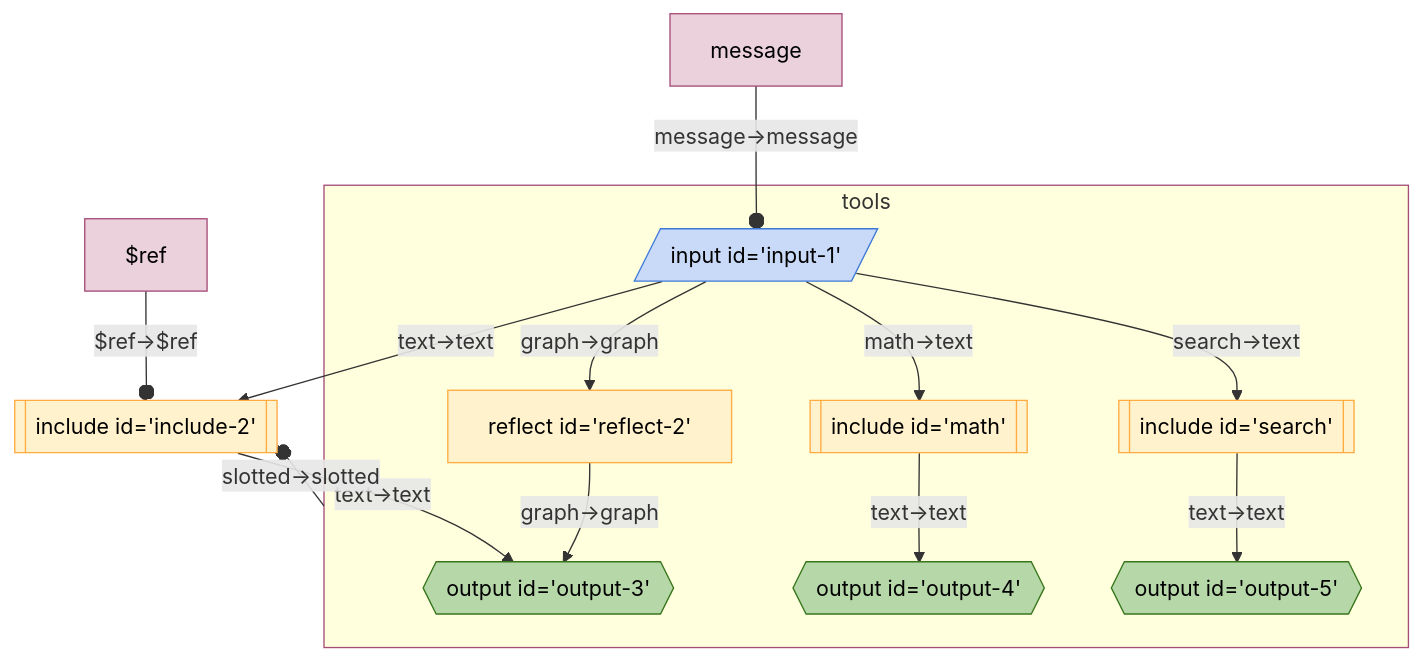
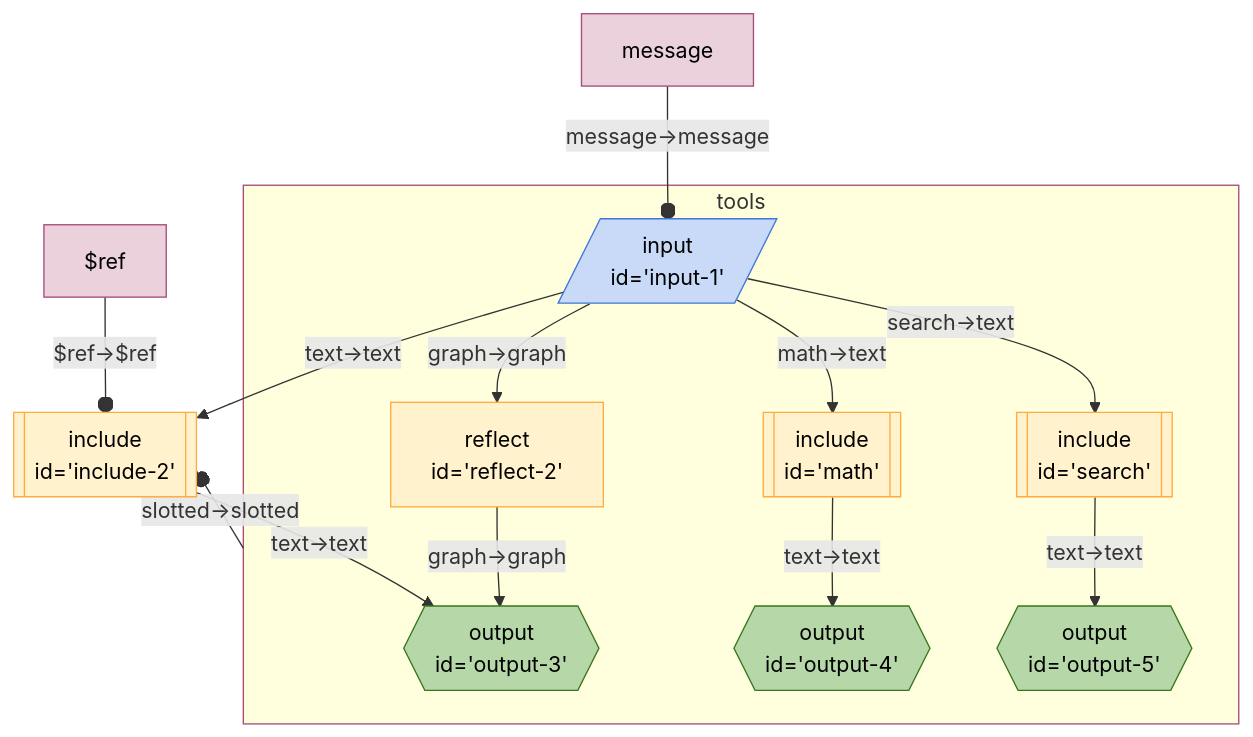
The diagram in seeds/graph-playground/docs/graphs/call-react-with-slot.md (breadboard-ai/breadboard), drawn with Mermaid before and after one commit. The commit also changed 16 other files, not shown here.

First line of the commit message:
add line break back to mermaid diagrams

````diff
--- a/seeds/graph-playground/docs/graphs/call-react-with-slot.md
+++ b/seeds/graph-playground/docs/graphs/call-react-with-slot.md
@@ -5,27 +5,27 @@
   ```mermaid
   %%{init: 'themeVariables': { 'fontFamily': 'Fira Code, monospace' }}%%
 graph TD;
-include2[["include id='include-2'"]]:::include -- "text->text" --> output3{{"output id='output-3'"}}:::output
+include2[["include <br> id='include-2'"]]:::include -- "text->text" --> output3{{"output <br> id='output-3'"}}:::output
 subgraph tools
-reflect2["reflect id='reflect-2'"] -- "graph->graph" --> output3{{"output id='output-3'"}}:::output
-input1[/"input id='input-1'"/]:::input -- "graph->graph" --> reflect2["reflect id='reflect-2'"]
-math[["include id='math'"]]:::include -- "text->text" --> output4{{"output id='output-4'"}}:::output
-input1[/"input id='input-1'"/]:::input -- "math->text" --> math[["include id='math'"]]:::include
-search[["include id='search'"]]:::include -- "text->text" --> output5{{"output id='output-5'"}}:::output
-input1[/"input id='input-1'"/]:::input -- "search->text" --> search[["include id='search'"]]:::include
+reflect2["reflect <br> id='reflect-2'"] -- "graph->graph" --> output3{{"output <br> id='output-3'"}}:::output
+input1[/"input <br> id='input-1'"/]:::input -- "graph->graph" --> reflect2["reflect <br> id='reflect-2'"]
+math[["include <br> id='math'"]]:::include -- "text->text" --> output4{{"output <br> id='output-4'"}}:::output
+input1[/"input <br> id='input-1'"/]:::input -- "math->text" --> math[["include <br> id='math'"]]:::include
+search[["include <br> id='search'"]]:::include -- "text->text" --> output5{{"output <br> id='output-5'"}}:::output
+input1[/"input <br> id='input-1'"/]:::input -- "search->text" --> search[["include <br> id='search'"]]:::include
 end
 tools:::slotted -- "slotted->slotted" --o include2
 
-input1[/"input id='input-1'"/]:::input -- "text->text" --> include2[["include id='include-2'"]]:::include
+input1[/"input <br> id='input-1'"/]:::input -- "text->text" --> include2[["include <br> id='include-2'"]]:::include
 messageinput1[message]:::config -- "message->message" --o input1
 $refinclude2[$ref]:::config -- "$ref->$ref" --o include2
 
 classDef default stroke:#ffab40,fill:#fff2ccff,color:#000
 classDef input stroke:#3c78d8,fill:#c9daf8ff,color:#000
 classDef output stroke:#38761d,fill:#b6d7a8ff,color:#000
 classDef passthrough stroke:#a64d79,fill:#ead1dcff,color:#000
 classDef slot stroke:#a64d79,fill:#ead1dcff,color:#000
 classDef config stroke:#a64d79,fill:#ead1dcff,color:#000
 classDef secrets stroke:#db4437,fill:#f4cccc,color:#000
 classDef slotted stroke:#a64d79
   ```
````
